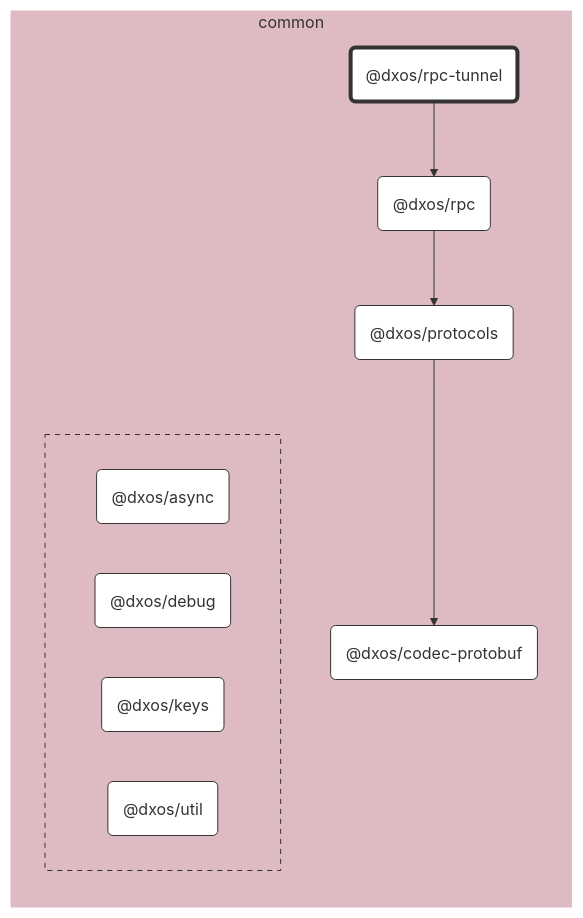
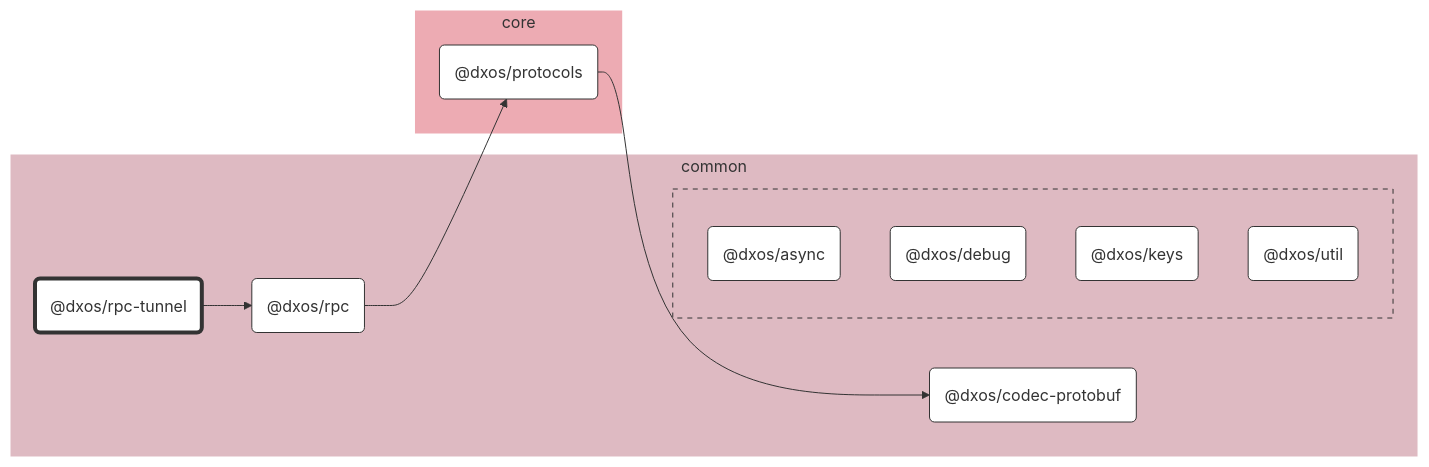
The diagram in packages/common/rpc-tunnel/docs/README.md (dxos/dxos), drawn with Mermaid before and after one commit. The commit also changed other lines of this file and 1339 other files, not shown here.

````diff
--- a/packages/common/rpc-tunnel/docs/README.md
+++ b/packages/common/rpc-tunnel/docs/README.md
@@ -7,41 +7,45 @@
 ```mermaid
 %%{ init: {'flowchart':{'curve':'basis'}} }%%
 
 flowchart LR
 
 %% Classes
 classDef def fill:#fff,stroke:#333,stroke-width:1px
 classDef root fill:#fff,stroke:#333,stroke-width:4px
 
 %% Nodes
 
 subgraph common [common]
   style common fill:#debac2,stroke:#fff
   dxos/rpc-tunnel("@dxos/rpc-tunnel"):::root
   click dxos/rpc-tunnel "dxos/dxos/tree/main/packages/common/rpc-tunnel/docs"
   dxos/rpc("@dxos/rpc"):::def
   click dxos/rpc "dxos/dxos/tree/main/packages/common/rpc/docs"
   dxos/codec-protobuf("@dxos/codec-protobuf"):::def
   click dxos/codec-protobuf "dxos/dxos/tree/main/packages/common/codec-protobuf/docs"
-  dxos/protocols("@dxos/protocols"):::def
-  click dxos/protocols "dxos/dxos/tree/main/packages/common/protocols/docs"
 
   subgraph common-excluded [ ]
     style common-excluded fill:#debac2,stroke:#333,stroke-dasharray:5 5
     dxos/async("@dxos/async"):::def
     click dxos/async "dxos/dxos/tree/main/packages/common/async/docs"
     dxos/debug("@dxos/debug"):::def
     click dxos/debug "dxos/dxos/tree/main/packages/common/debug/docs"
     dxos/keys("@dxos/keys"):::def
     click dxos/keys "dxos/dxos/tree/main/packages/common/keys/docs"
     dxos/util("@dxos/util"):::def
     click dxos/util "dxos/dxos/tree/main/packages/common/util/docs"
   end
 end
 
+subgraph core [core]
+  style core fill:#edabb3,stroke:#fff
+  dxos/protocols("@dxos/protocols"):::def
+  click dxos/protocols "dxos/dxos/tree/main/packages/core/protocols/docs"
+end
+
 %% Links
 linkStyle default stroke:#333,stroke-width:1px
 dxos/rpc-tunnel --> dxos/rpc
 dxos/rpc --> dxos/protocols
 dxos/protocols --> dxos/codec-protobuf
 ```
````
